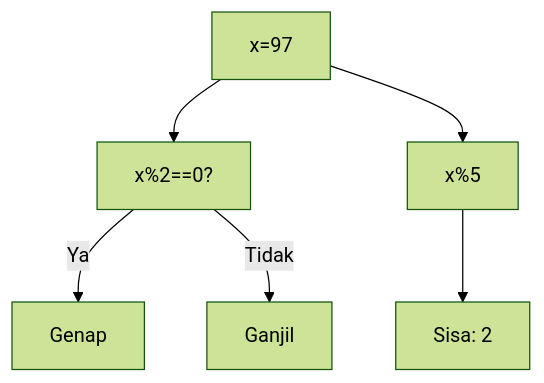
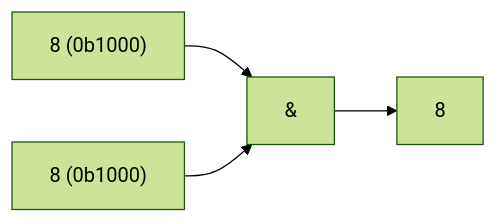
Before and after one commit to amnahwaida/OSNK_INF_PREP: the seventh of 25 diagrams in part-c-pemahaman-cpp/06-bitwise/latihan/set-08.md, drawn with Mermaid (forest theme). The commit also changed other lines of this file and 71 other files, not shown here.

````diff
--- a/part-c-pemahaman-cpp/06-bitwise/latihan/set-08.md
+++ b/part-c-pemahaman-cpp/06-bitwise/latihan/set-08.md
@@ -278,8 +178,6 @@
 ```mermaid
-graph TD
-A["x=97"] --> B["x%2==0?"]
-B -- Ya --> C["Genap"]
-B -- Tidak --> D["Ganjil"]
-A --> E["x%5"]
-E --> F["Sisa: 2"]
+graph LR
+A["8 (0b1000)"] --> C["&"]
+B["8 (0b1000)"] --> C
+C --> D["8"]
 ```
````
